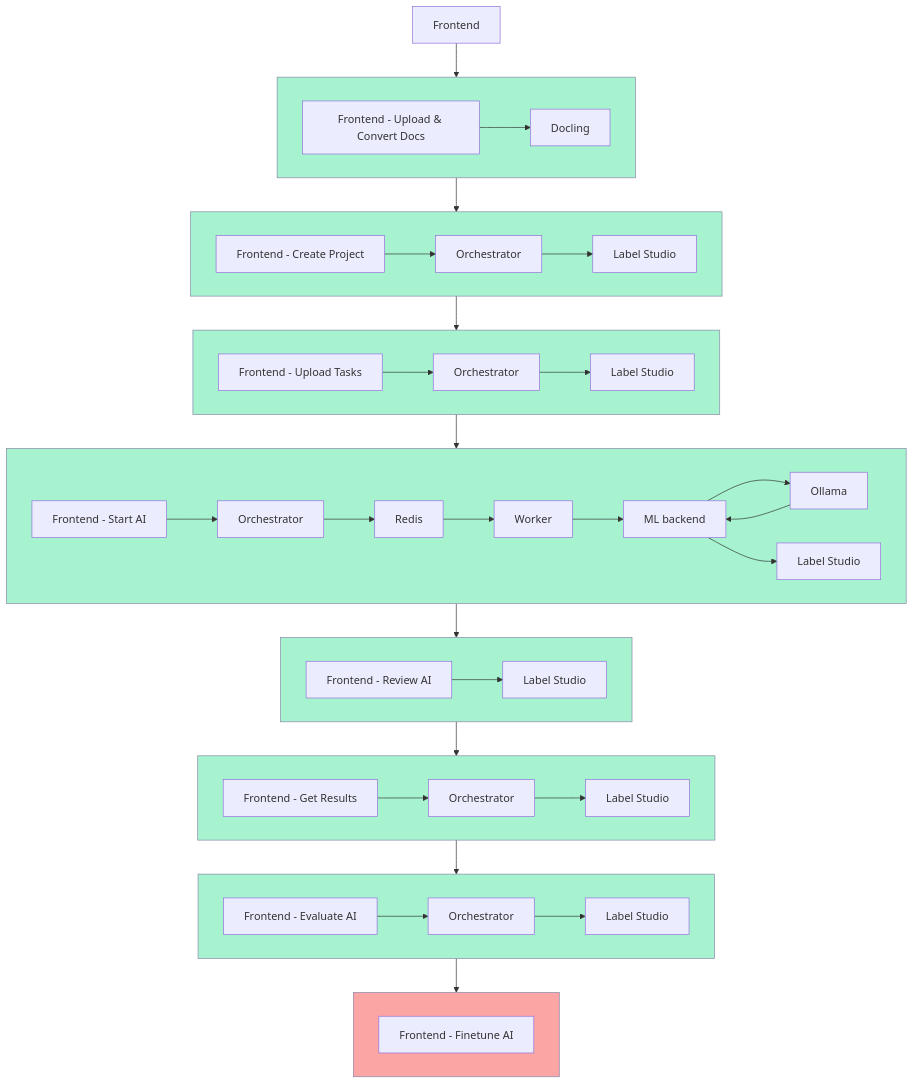
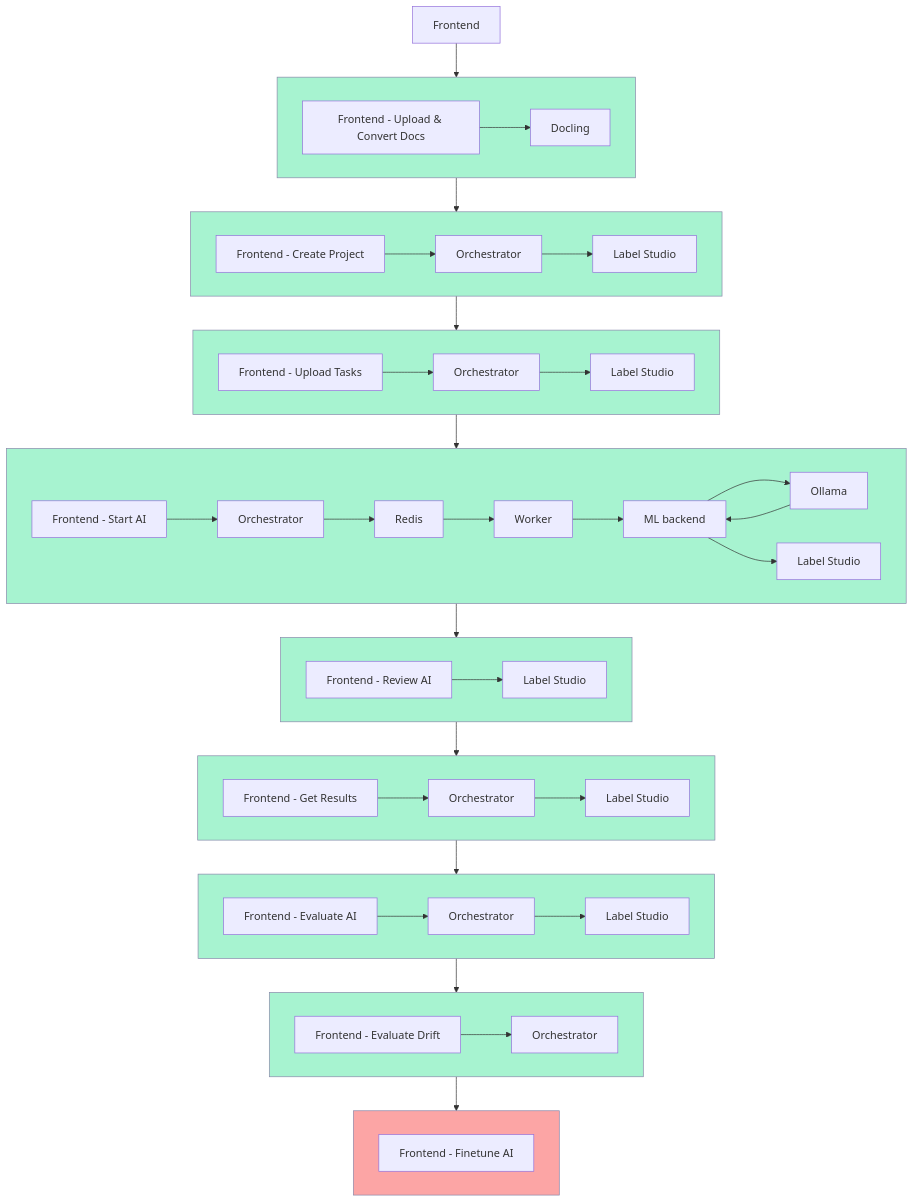
The diagram in README.md (Xtractyl/Xtractyl), drawn with Mermaid before and after one commit.

Commit message:
Add Evaluate Drift tab in mermaid chart in README.md

````diff
--- a/README.md
+++ b/README.md
@@ -124,10 +124,19 @@
 %% ====== ROW 8 ======
 subgraph ZA8[" "]
 direction LR
- A8[Frontend - Finetune AI] 
+ A8[Frontend - Evaluate Drift] --> B8A[Orchestrator] 
 end
 
 ZA7 --> ZA8
+
+%% ====== ROW 9 ======
+subgraph ZA9[" "]
+direction LR
+ A9[Frontend - Finetune AI] 
+end
+
+ZA8 --> ZA9
+
 
 %% ====== STYLING ======
 style ZA fill:#A7F3D0,stroke:#88a,stroke-width:1px;
@@ -137,5 +146,6 @@
 style ZA5 fill:#A7F3D0,stroke:#88a,stroke-width:1px;
 style ZA6 fill:#A7F3D0,stroke:#88a,stroke-width:1px;
 style ZA7 fill:#A7F3D0,stroke:#88a,stroke-width:1px;
-style ZA8 fill:#FCA5A5,stroke:#88a,stroke-width:1px;
+style ZA8 fill:#A7F3D0,stroke:#88a,stroke-width:1px;
+style ZA9 fill:#FCA5A5,stroke:#88a,stroke-width:1px;
   ```
````
